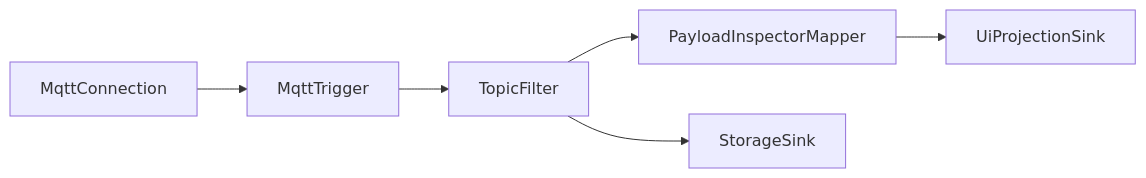
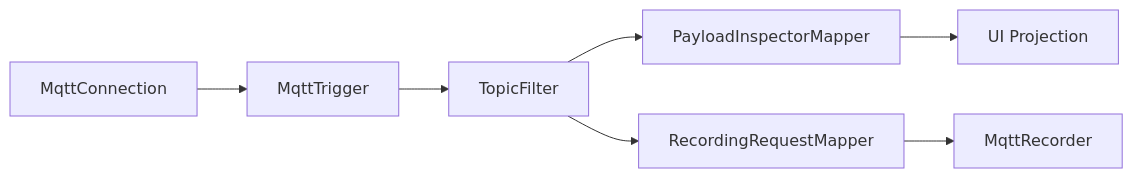
Before and after one commit to araxis/FluxMq: the first of 5 diagrams in docs/fork-flow.md, drawn with Mermaid. The commit also changed other lines of this file and 70 other files, not shown here.

````diff
--- a/docs/fork-flow.md
+++ b/docs/fork-flow.md
@@ -17,8 +17,9 @@
 ```mermaid
 flowchart LR
     MqttConnection["MqttConnection"] --> MqttTrigger["MqttTrigger"]
     MqttTrigger --> TopicFilter["TopicFilter"]
     TopicFilter --> PayloadMapper["PayloadInspectorMapper"]
-    PayloadMapper --> UiSink["UiProjectionSink"]
-    TopicFilter --> StorageSink["StorageSink"]
+    PayloadMapper --> UiProjection["UI Projection"]
+    TopicFilter --> RecordingMapper["RecordingRequestMapper"]
+    RecordingMapper --> Recorder["MqttRecorder"]
 ```
````
